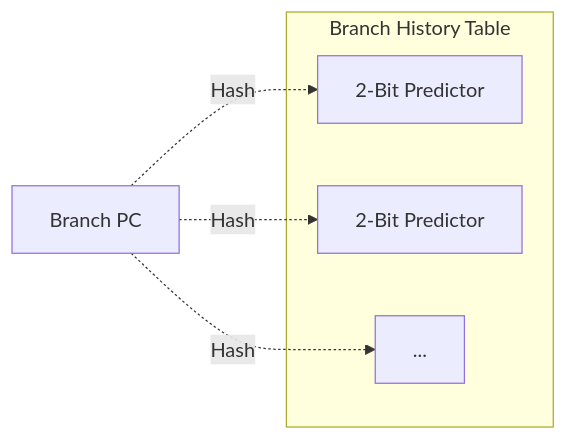
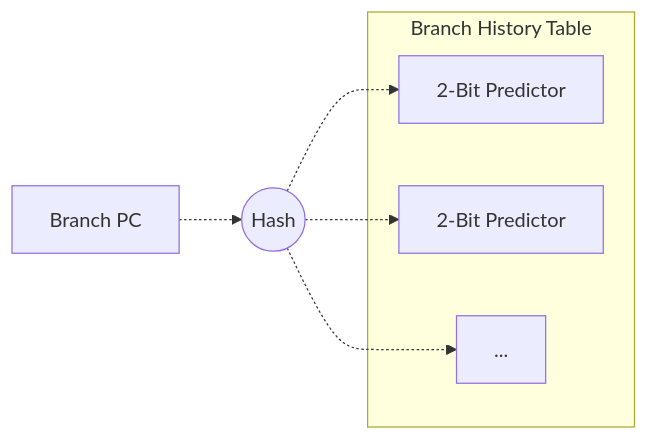
One commit to shuyelin06/Obsidian-Notes changed the third of 8 diagrams in content/Classes/CMSC411/Branch Prediction.md. Above: the diagram before and after it, drawn with Mermaid. The commit also changed other lines of this file, not shown here.

````diff
--- a/content/Classes/CMSC411/Branch Prediction.md
+++ b/content/Classes/CMSC411/Branch Prediction.md
@@ -157,10 +157,10 @@
 ```mermaid
 graph LR 
 subgraph Branch History Table
 1[2-Bit Predictor];
 2[2-Bit Predictor];
 3[...];
 end
 
-0[Branch PC] -. Hash .-> 1 & 2 & 3;
+0[Branch PC] -.-> Op1((Hash)) -.-> 1 & 2 & 3;
 ```
````
